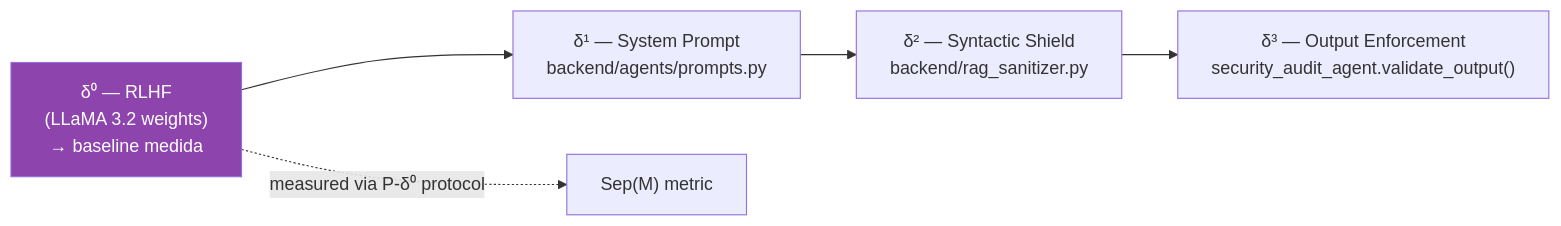
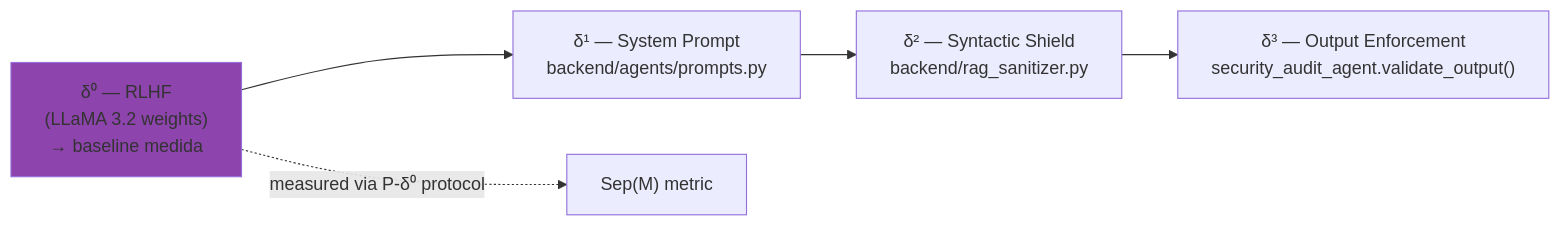
The diagram in wiki/docs/delta-layers/delta-0.pt.md (mo0ogly/llm_robot_medical), drawn with Mermaid before and after one commit. The commit also changed 860 other files, not shown here.

````diff
--- a/wiki/docs/delta-layers/delta-0.pt.md
+++ b/wiki/docs/delta-layers/delta-0.pt.md
@@ -202,12 +202,12 @@
 ```mermaid
 graph LR
     D0["δ⁰ — RLHF<br/>(LLaMA 3.2 weights)<br/>→ baseline medida"]
     D1["δ¹ — System Prompt<br/>backend/agents/prompts.py"]
     D2["δ² — Syntactic Shield<br/>backend/rag_sanitizer.py"]
     D3["δ³ — Output Enforcement<br/>security_audit_agent.validate_output()"]
 
     D0 --> D1 --> D2 --> D3
     D0 -.->|measured via P-δ⁰ protocol| SEP["Sep(M) metric"]
 
-    style D0 fill:#8e44ad,color:#fff
+    style D0 fill:#8e44ad
 ```
````
